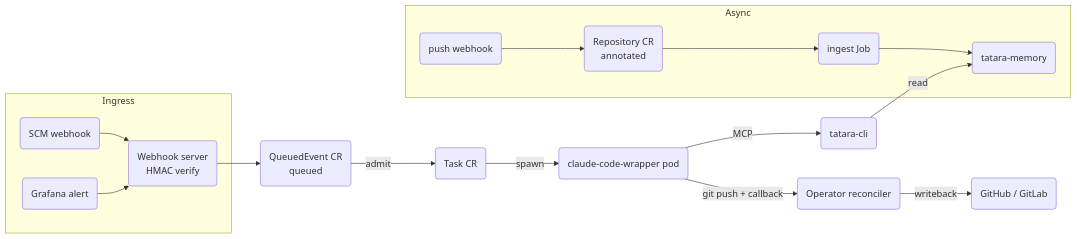
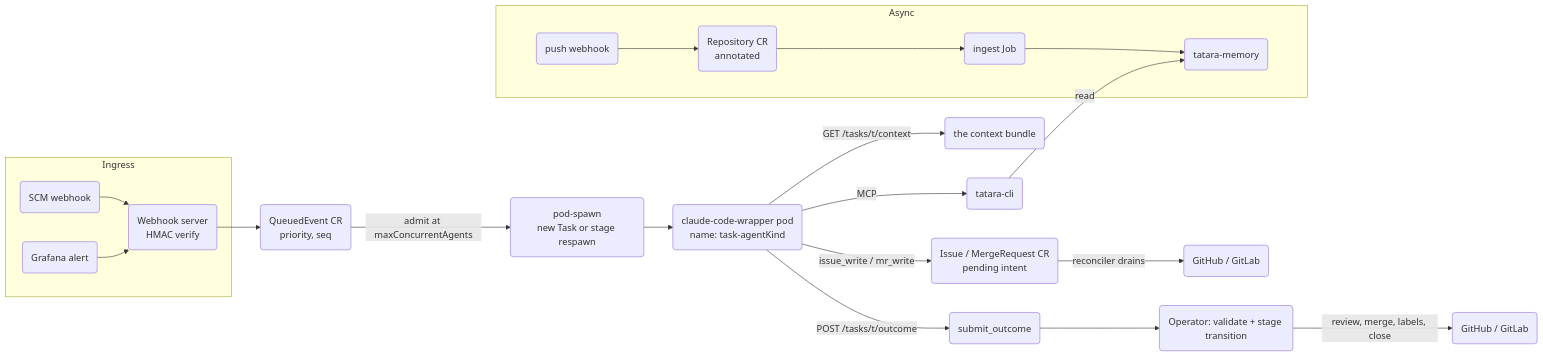
The first of 3 diagrams in docs/architecture/data-flow.md (szymonrychu/tatara-documentation), drawn with Mermaid before and after one commit. The commit also changed other lines of this file and 63 other files, not shown here.

First line of the commit message:
feat!: document the task-centric architecture (Issue/MergeRequest CRs, stage machine, operator merge) (#19)

````diff
--- a/docs/architecture/data-flow.md
+++ b/docs/architecture/data-flow.md
@@ -16,20 +19,24 @@
 ```mermaid
 flowchart LR
     subgraph Ingress
         A1(SCM webhook) --> W(Webhook server\nHMAC verify)
         A2(Grafana alert) --> W
     end
-    W --> QE(QueuedEvent CR\nqueued)
-    QE --> |admit| T(Task CR)
-    T --> |spawn| P(claude-code-wrapper pod)
+    W --> QE(QueuedEvent CR\npriority, seq)
+    QE --> |admit at maxConcurrentAgents| PS(pod-spawn\nnew Task or stage respawn)
+    PS --> P(claude-code-wrapper pod\nname: task-agentKind)
+    P --> |GET /tasks/t/context| B(the context bundle)
     P --> |MCP| CLI(tatara-cli)
     CLI --> |read| MEM(tatara-memory)
-    P --> |git push + callback| OP(Operator reconciler)
-    OP --> |writeback| SCM(GitHub / GitLab)
+    P --> |issue_write / mr_write| IMR(Issue / MergeRequest CR\npending intent)
+    IMR --> |reconciler drains| SCM1(GitHub / GitLab)
+    P --> |POST /tasks/t/outcome| OUT(submit_outcome)
+    OUT --> OP(Operator: validate + stage transition)
+    OP --> |review, merge, labels, close| SCM2(GitHub / GitLab)
 
     subgraph Async
         GH2(push webhook) --> REPO(Repository CR\nannotated)
         REPO --> JOB(ingest Job)
         JOB --> MEM
     end
 ```
````
